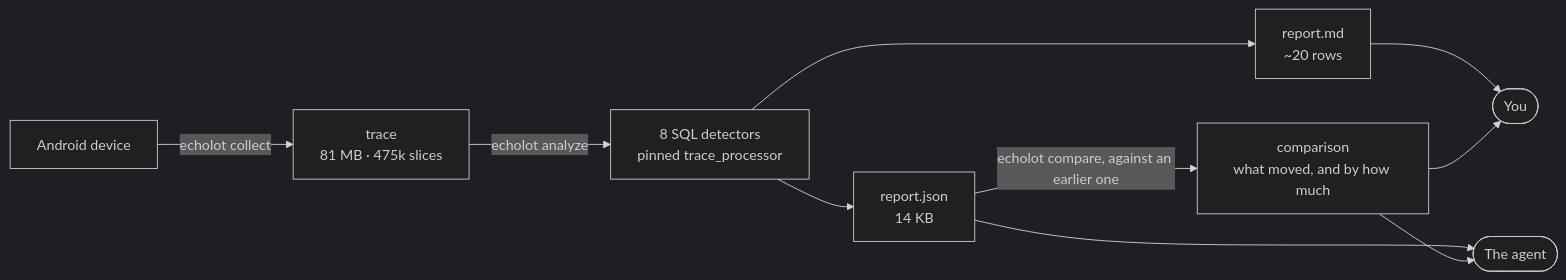
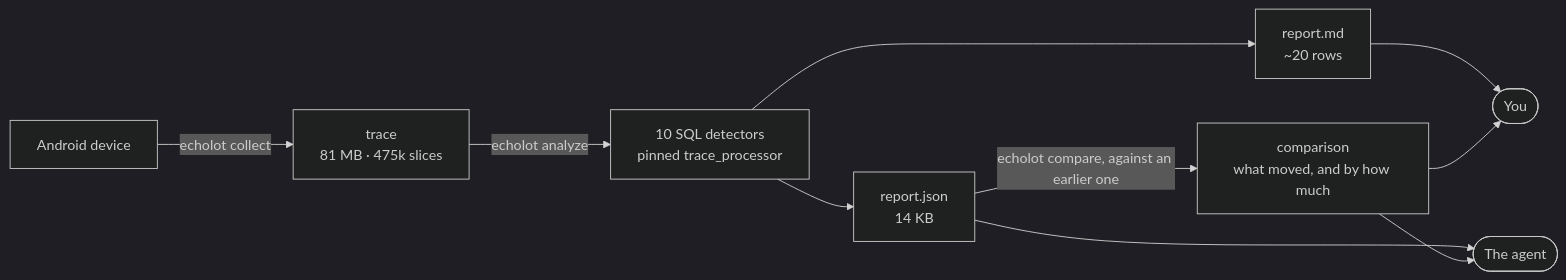
The diagram in README.md (grishan0v/echolot), drawn with Mermaid (dark theme) before and after one commit. The commit also changed other lines of this file and 8 other files, not shown here.

````diff
--- a/README.md
+++ b/README.md
@@ -352,19 +354,19 @@
 ```mermaid
 flowchart LR
     A["Android device"]
     B["trace<br/>81 MB · 475k slices"]
-    C["8 SQL detectors<br/>pinned trace_processor"]
+    C["10 SQL detectors<br/>pinned trace_processor"]
     D["report.md<br/>~20 rows"]
     E["report.json<br/>14 KB"]
     H["comparison<br/>what moved, and by how much"]
     F(["You"])
     G(["The agent"])
 
     A -->|"echolot collect"| B
     B -->|"echolot analyze"| C
     C --> D --> F
     C --> E --> G
     E -->|"echolot compare, against an earlier one"| H
     H --> F
     H --> G
 ```
````
